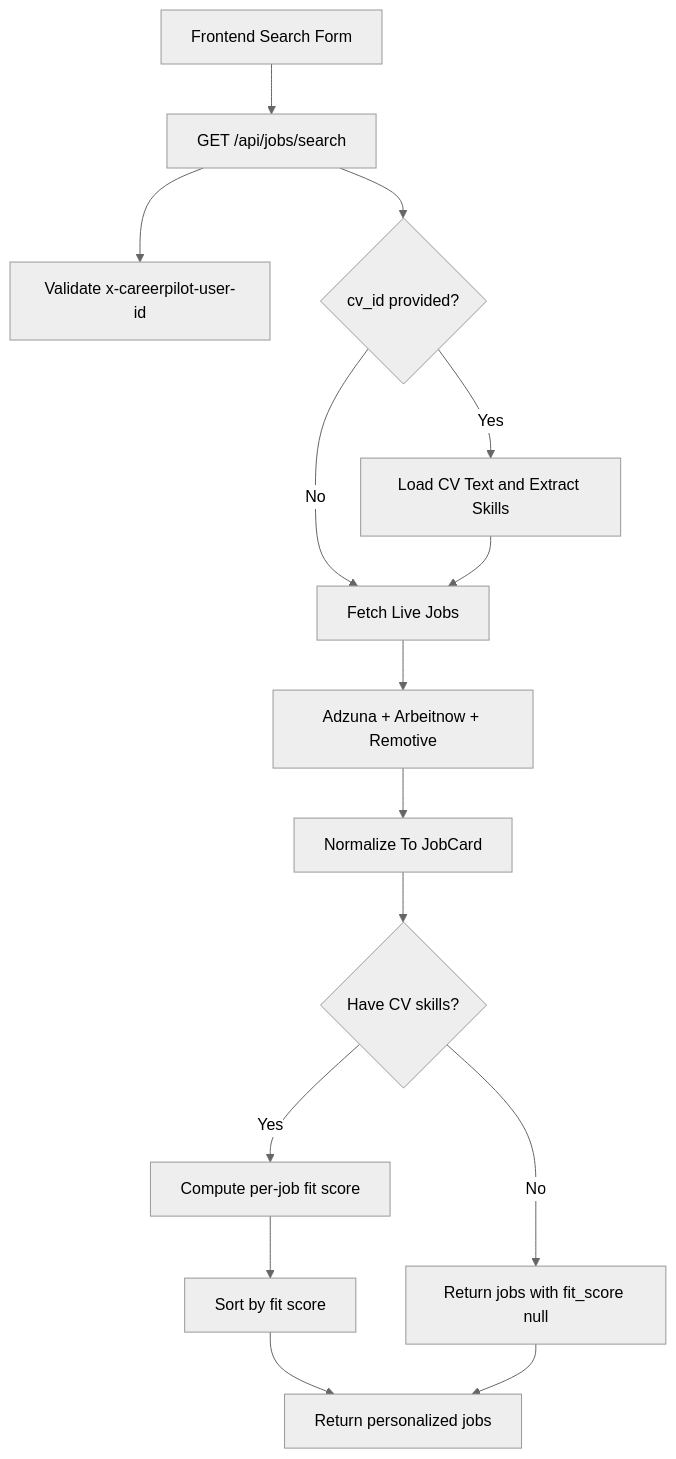
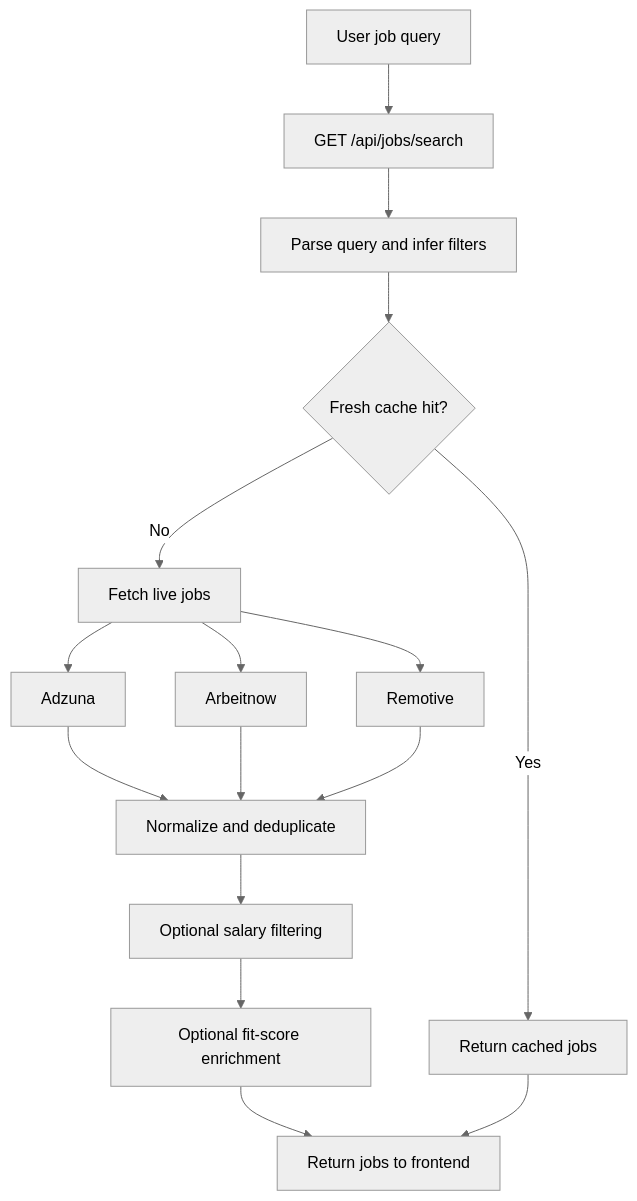
Before and after one commit to fuad13579/CareerPilot-StackFellas: the third of 3 diagrams in docs/architecture.md, drawn with Mermaid (neutral theme). The commit also changed other lines of this file and 18 other files, not shown here.

Commit message:
`docs: add judge-ready setup, architecture, deployment, and evaluation guides`

````diff
--- a/docs/architecture.md
+++ b/docs/architecture.md
@@ -172,17 +132,18 @@
 ```mermaid
 flowchart TD
-  FE[Frontend Search Form] --> Jobs[GET /api/jobs/search]
-  Jobs --> Header[Validate x-careerpilot-user-id]
-  Jobs --> HasCV{cv_id provided?}
-  HasCV -- No --> Live[Fetch Live Jobs]
-  HasCV -- Yes --> CVSkills[Load CV Text and Extract Skills]
-  CVSkills --> Live
-  Live --> Sources[Adzuna + Arbeitnow + Remotive]
-  Sources --> Normalize[Normalize To JobCard]
-  Normalize --> Personalize{Have CV skills?}
-  Personalize -- No --> General[Return jobs with fit_score null]
-  Personalize -- Yes --> Enrich[Compute per-job fit score]
-  Enrich --> Sort[Sort by fit score]
-  Sort --> Response[Return personalized jobs]
-  General --> Response
+  Query[User job query] --> JobsAPI[GET /api/jobs/search]
+  JobsAPI --> Parse[Parse query and infer filters]
+  Parse --> Cache{Fresh cache hit?}
+  Cache -- Yes --> Cached[Return cached jobs]
+  Cache -- No --> Fanout[Fetch live jobs]
+  Fanout --> Adzuna[Adzuna]
+  Fanout --> Arbeitnow[Arbeitnow]
+  Fanout --> Remotive[Remotive]
+  Adzuna --> Normalize[Normalize and deduplicate]
+  Arbeitnow --> Normalize
+  Remotive --> Normalize
+  Normalize --> Salary[Optional salary filtering]
+  Salary --> Fit[Optional fit-score enrichment]
+  Fit --> Response[Return jobs to frontend]
+  Cached --> Response
 ```
````
